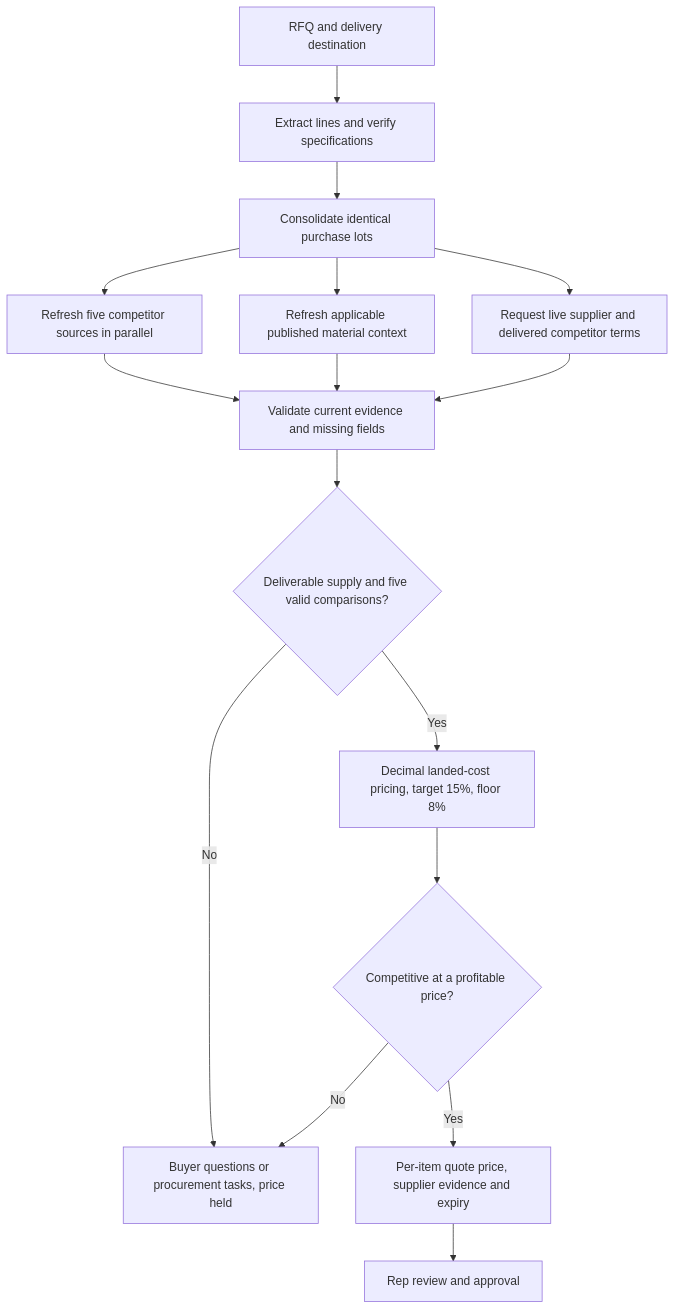
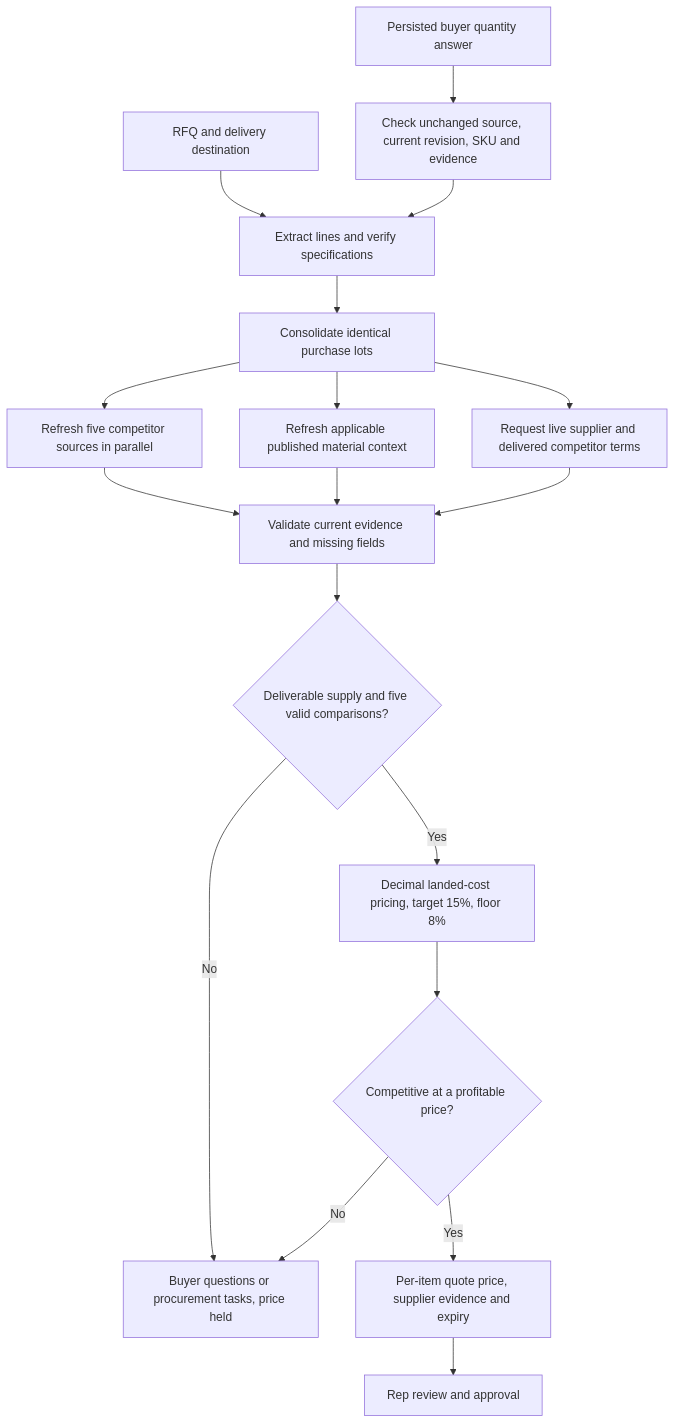
Before and after one commit to kenxle/columbia-startup-lab-get-hired-hack: the diagram in docs/diagrams/distributor-pricing.md, drawn with Mermaid. The commit also changed 8 other files, not shown here.

Commit message:
Use validated saved buyer quantities in fresh RFQ pricing

````diff
--- a/docs/diagrams/distributor-pricing.md
+++ b/docs/diagrams/distributor-pricing.md
@@ -3,18 +3,20 @@
 ```mermaid
 flowchart TD
     RFQ[RFQ and delivery destination] --> INTAKE[Extract lines and verify specifications]
+    SAVED[Persisted buyer quantity answer] --> TRUST[Check unchanged source, current revision, SKU and evidence]
+    TRUST --> INTAKE
     INTAKE --> GROUP[Consolidate identical purchase lots]
     GROUP --> PUBLIC[Refresh five competitor sources in parallel]
     GROUP --> MATERIAL[Refresh applicable published material context]
     GROUP --> TERMS[Request live supplier and delivered competitor terms]
     PUBLIC --> CHECK[Validate current evidence and missing fields]
     MATERIAL --> CHECK
     TERMS --> CHECK
     CHECK --> GATE{Deliverable supply and five valid comparisons?}
     GATE -- No --> HOLD[Buyer questions or procurement tasks, price held]
     GATE -- Yes --> MATH[Decimal landed-cost pricing, target 15%, floor 8%]
     MATH --> COMP{Competitive at a profitable price?}
     COMP -- No --> HOLD
     COMP -- Yes --> QUOTE[Per-item quote price, supplier evidence and expiry]
     QUOTE --> REP[Rep review and approval]
 ```
````
